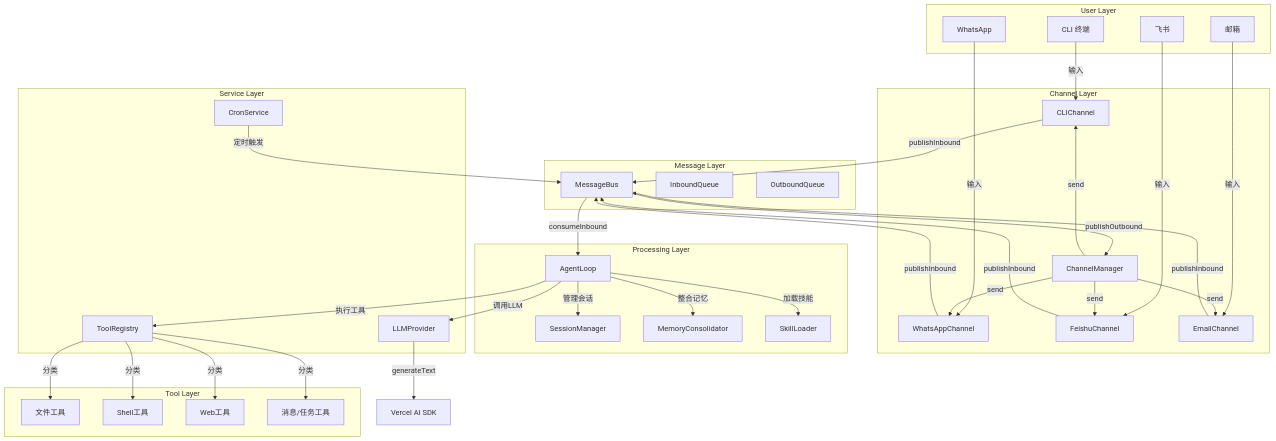
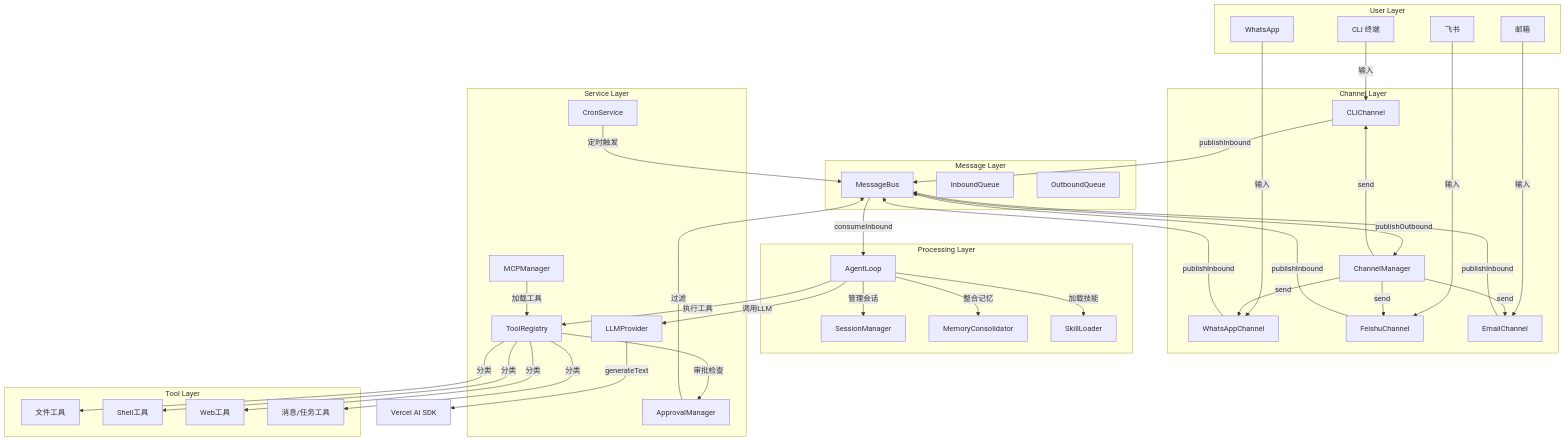
One commit to rzx007/nanobot-ts changed the first of 16 diagrams in docs/GATEWAY_MERMAID.md. Above: the diagram before and after it, drawn with Mermaid. The commit also changed other lines of this file and 5 other files, not shown here.

````diff
--- a/docs/GATEWAY_MERMAID.md
+++ b/docs/GATEWAY_MERMAID.md
@@ -5,75 +5,81 @@
 ```mermaid
 graph TB
     subgraph 用户层 [User Layer]
         CLI[CLI 终端]
         WhatsApp[WhatsApp]
         Feishu[飞书]
         Email[邮箱]
     end
 
     subgraph 渠道层 [Channel Layer]
         CLICh[CLIChannel]
         WACh[WhatsAppChannel]
         FSCh[FeishuChannel]
         EMCh[EmailChannel]
         CM[ChannelManager]
     end
 
     subgraph 消息层 [Message Layer]
         MB[MessageBus]
         IBQ[InboundQueue]
         OBQ[OutboundQueue]
     end
 
     subgraph 处理层 [Processing Layer]
         AL[AgentLoop]
         SM[SessionManager]
         MC[MemoryConsolidator]
         SL[SkillLoader]
     end
 
     subgraph 服务层 [Service Layer]
         LP[LLMProvider]
         TR[ToolRegistry]
         CS[CronService]
+        AM[ApprovalManager]
+        MCP[MCPManager]
     end
 
     subgraph 工具层 [Tool Layer]
         FT[文件工具]
         ST[Shell工具]
         WT[Web工具]
         MT[消息/任务工具]
     end
 
     CLI -->|输入| CLICh
     WhatsApp -->|输入| WACh
     Feishu -->|输入| FSCh
     Email -->|输入| EMCh
 
     CLICh -->|publishInbound| MB
     WACh -->|publishInbound| MB
     FSCh -->|publishInbound| MB
     EMCh -->|publishInbound| MB
 
     MB -->|consumeInbound| AL
     MB -->|publishOutbound| CM
     CM -->|send| CLICh
     CM -->|send| WACh
     CM -->|send| FSCh
     CM -->|send| EMCh
 
     AL -->|管理会话| SM
     AL -->|整合记忆| MC
     AL -->|加载技能| SL
     AL -->|调用LLM| LP
     AL -->|执行工具| TR
 
     LP -->|generateText| VercelSDK[Vercel AI SDK]
 
+    TR -->|审批检查| AM
     TR -->|分类| FT
     TR -->|分类| ST
     TR -->|分类| WT
     TR -->|分类| MT
 
     CS -->|定时触发| MB
+    MCP -->|加载工具| TR
+
+    AM -->|过滤| MB
 ```
````
